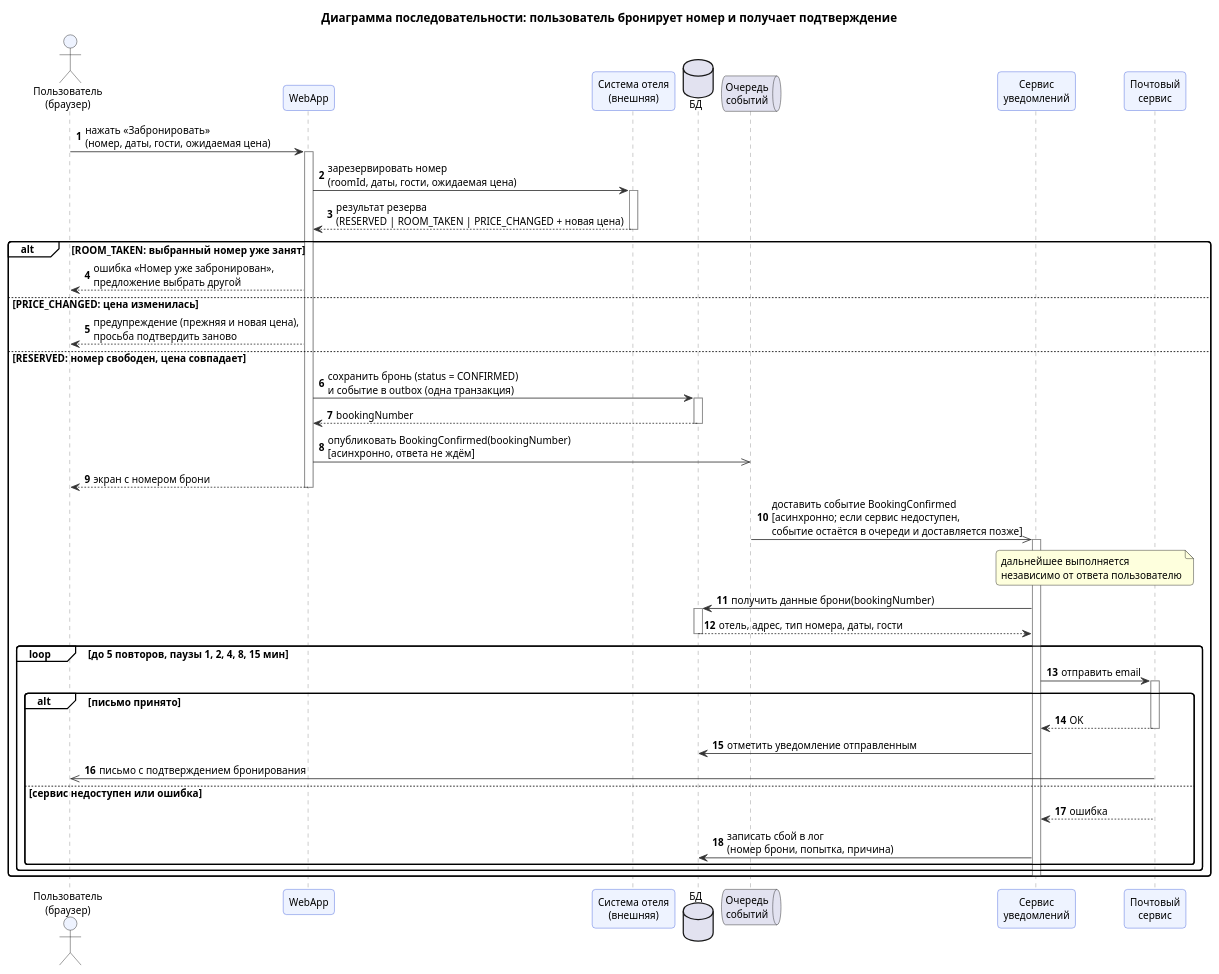
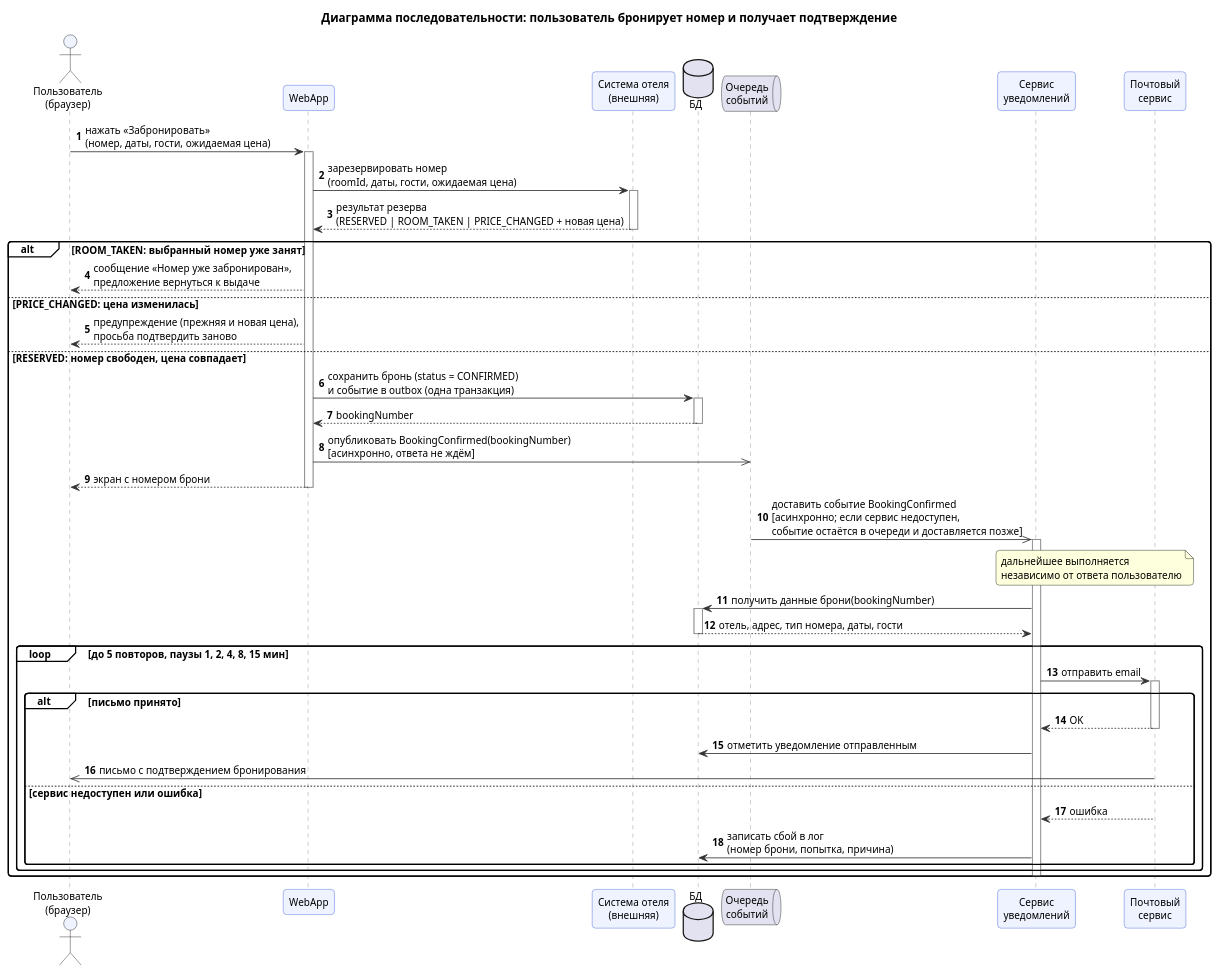
The diagram in hw2/1_3_sequence.puml (Remsely/cu-system-analysis), drawn with PlantUML before and after one commit. The commit also changed 1 other file, not shown here.

Commit message:
fix: align sequence and activity messages for taken room and price change
Claude-Session: https://claude.ai/code/session_01SJHMf92G1uTVkAQDfZWZSg

```diff
--- a/hw2/1_3_sequence.puml
+++ b/hw2/1_3_sequence.puml
@@ -1,67 +1,67 @@
 @startuml
 skinparam shadowing false
 skinparam defaultFontSize 12
 skinparam backgroundColor white
 skinparam roundCorner 8
 skinparam ArrowColor #333333
 skinparam wrapWidth 220
 title Диаграмма последовательности: пользователь бронирует номер и получает подтверждение
 skinparam sequence {
   ParticipantBackgroundColor #EEF3FF
   ParticipantBorderColor #3B5BDB
   ActorBackgroundColor #EEF3FF
   LifeLineBorderColor #888888
   GroupBackgroundColor #FFFFFF
 }
 autonumber "<b>0"
 actor "Пользователь\n(браузер)" as U
 participant "WebApp" as W
 participant "Система отеля\n(внешняя)" as H
 database "БД" as DB
 queue "Очередь\nсобытий" as Q
 participant "Сервис\nуведомлений" as N
 participant "Почтовый\nсервис" as M
 
 U -> W : нажать «Забронировать»\n(номер, даты, гости, ожидаемая цена)
 activate W
 W -> H : зарезервировать номер\n(roomId, даты, гости, ожидаемая цена)
 activate H
 H --> W : результат резерва\n(RESERVED | ROOM_TAKEN | PRICE_CHANGED + новая цена)
 deactivate H
 
 alt ROOM_TAKEN: выбранный номер уже занят
-  W --> U : ошибка «Номер уже забронирован»,\nпредложение выбрать другой
+  W --> U : сообщение «Номер уже забронирован»,\nпредложение вернуться к выдаче
 else PRICE_CHANGED: цена изменилась
   W --> U : предупреждение (прежняя и новая цена),\nпросьба подтвердить заново
 else RESERVED: номер свободен, цена совпадает
   W -> DB : сохранить бронь (status = CONFIRMED)\nи событие в outbox (одна транзакция)
   activate DB
   DB --> W : bookingNumber
   deactivate DB
   W ->> Q : опубликовать BookingConfirmed(bookingNumber)\n[асинхронно, ответа не ждём]
   W --> U : экран с номером брони
   deactivate W
   Q ->> N : доставить событие BookingConfirmed\n[асинхронно; если сервис недоступен,\nсобытие остаётся в очереди и доставляется позже]
 
   note over N, M : дальнейшее выполняется независимо от ответа пользователю
   activate N
   N -> DB : получить данные брони(bookingNumber)
   activate DB
   DB --> N : отель, адрес, тип номера, даты, гости
   deactivate DB
   loop до 5 повторов, паузы 1, 2, 4, 8, 15 мин
     N -> M : отправить email
     activate M
     alt письмо принято
       M --> N : OK
       deactivate M
       N -> DB : отметить уведомление отправленным
       M ->> U : письмо с подтверждением бронирования
     else сервис недоступен или ошибка
       M --> N : ошибка
       N -> DB : записать сбой в лог\n(номер брони, попытка, причина)
     end
   end
   deactivate N
 end
 @enduml
```
